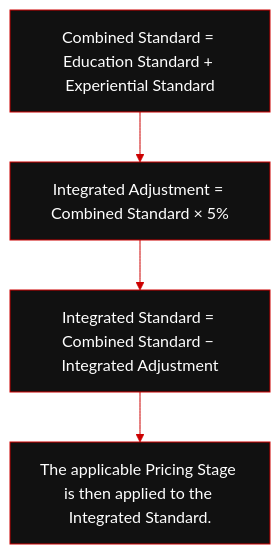
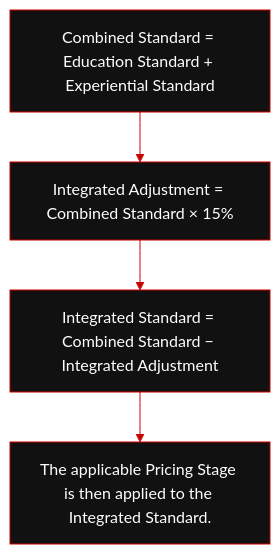
Before and after one commit to RIAHPathway/Website-Draft: the diagram in RIAH-PATHWAY-TUITION-PRICING-FEES/IMAGES/FLOW-01-RIAH-PATHWAY-TUITION-PRICING-FEES.mmd, drawn with Mermaid. The commit also changed 2 other files, not shown here.

```diff
--- a/RIAH-PATHWAY-TUITION-PRICING-FEES/IMAGES/FLOW-01-RIAH-PATHWAY-TUITION-PRICING-FEES.mmd
+++ b/RIAH-PATHWAY-TUITION-PRICING-FEES/IMAGES/FLOW-01-RIAH-PATHWAY-TUITION-PRICING-FEES.mmd
@@ -1,5 +1,5 @@
 %%{init: {"theme":"base","themeVariables":{"primaryColor":"#111111","primaryTextColor":"#FFFFFF","primaryBorderColor":"#CC0000","lineColor":"#CC0000","secondaryColor":"#CC0000","tertiaryColor":"#111111"}}}%%
 flowchart TD
-    A["Combined Standard = Education Standard + Experiential Standard"] --> B["Integrated Adjustment = Combined Standard × 5%"]
+    A["Combined Standard = Education Standard + Experiential Standard"] --> B["Integrated Adjustment = Combined Standard × 15%"]
     B --> C["Integrated Standard = Combined Standard − Integrated Adjustment"]
     C --> D["The applicable Pricing Stage is then applied to the Integrated Standard."]
```
